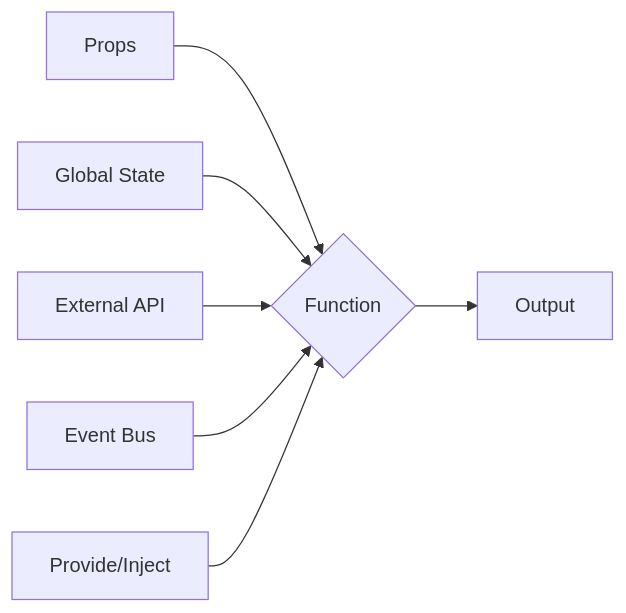
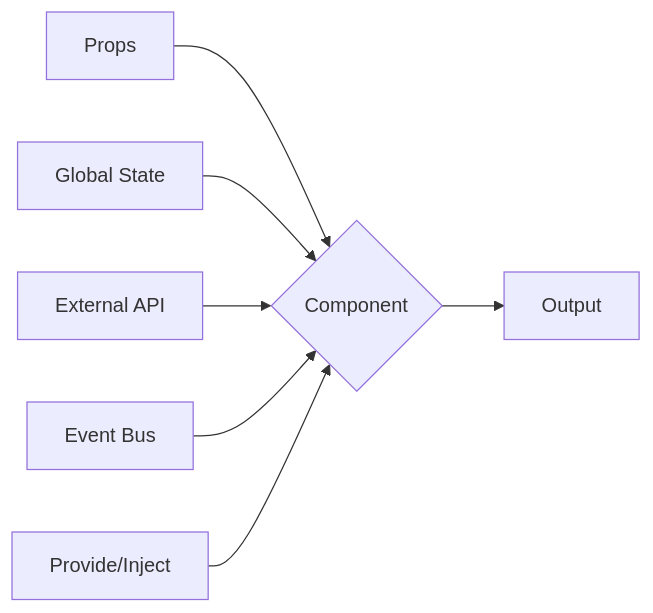
The seventh of 12 diagrams in slides.md (lindsaykwardell/vgs-functional-programming), drawn with Mermaid before and after one commit. The commit also changed other lines of this file and 1 other file, not shown here.

````diff
--- a/slides.md
+++ b/slides.md
@@ -461,9 +516,9 @@
 ```mermaid
 flowchart LR
-    Props --> Function
-    state[Global State] --> Function
-    api[External API] --> Function
-    bus[Event Bus] --> Function
-    provide[Provide/Inject] --> Function
-    Function{Function} --> Output
+    Props --> Component
+    state[Global State] --> Component
+    api[External API] --> Component
+    bus[Event Bus] --> Component
+    provide[Provide/Inject] --> Component
+    Component{Component} --> Output
 ```
````
